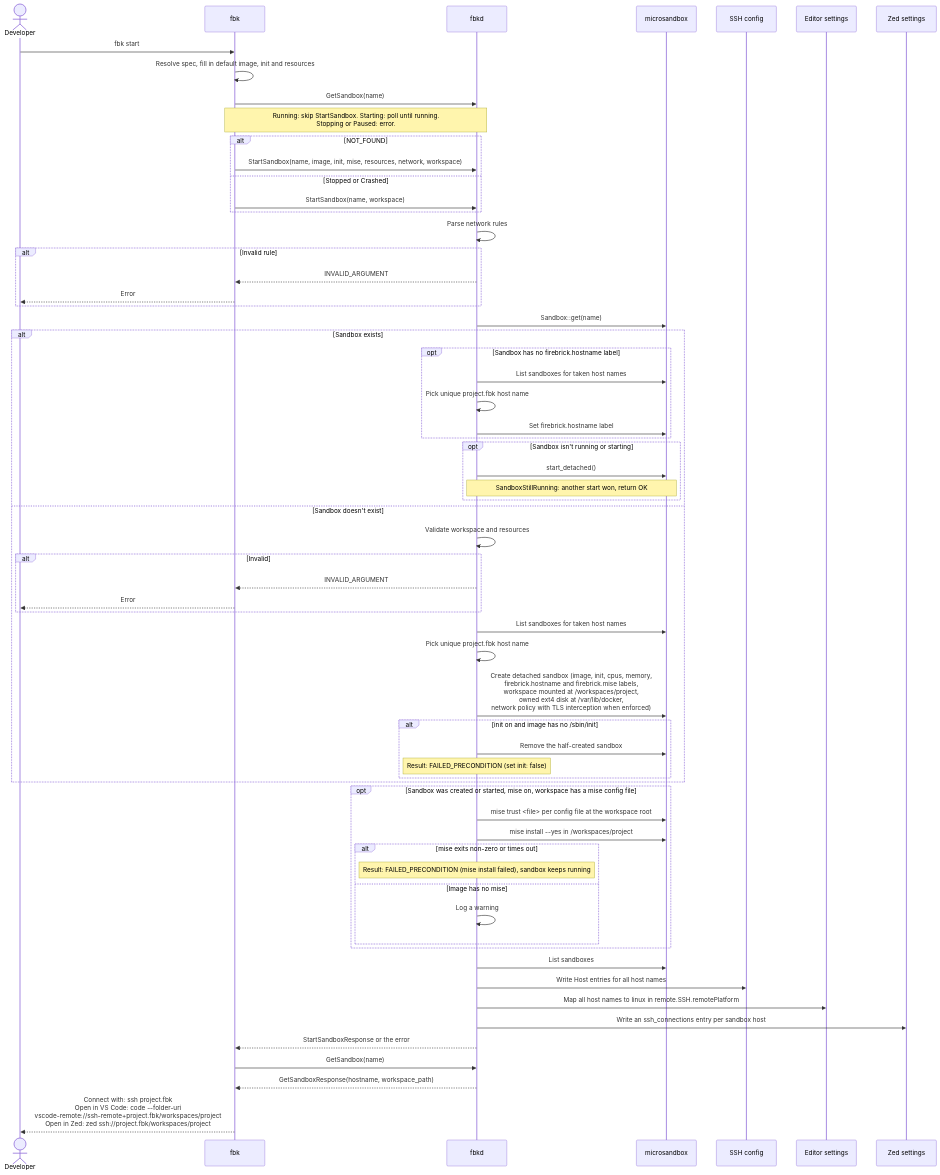
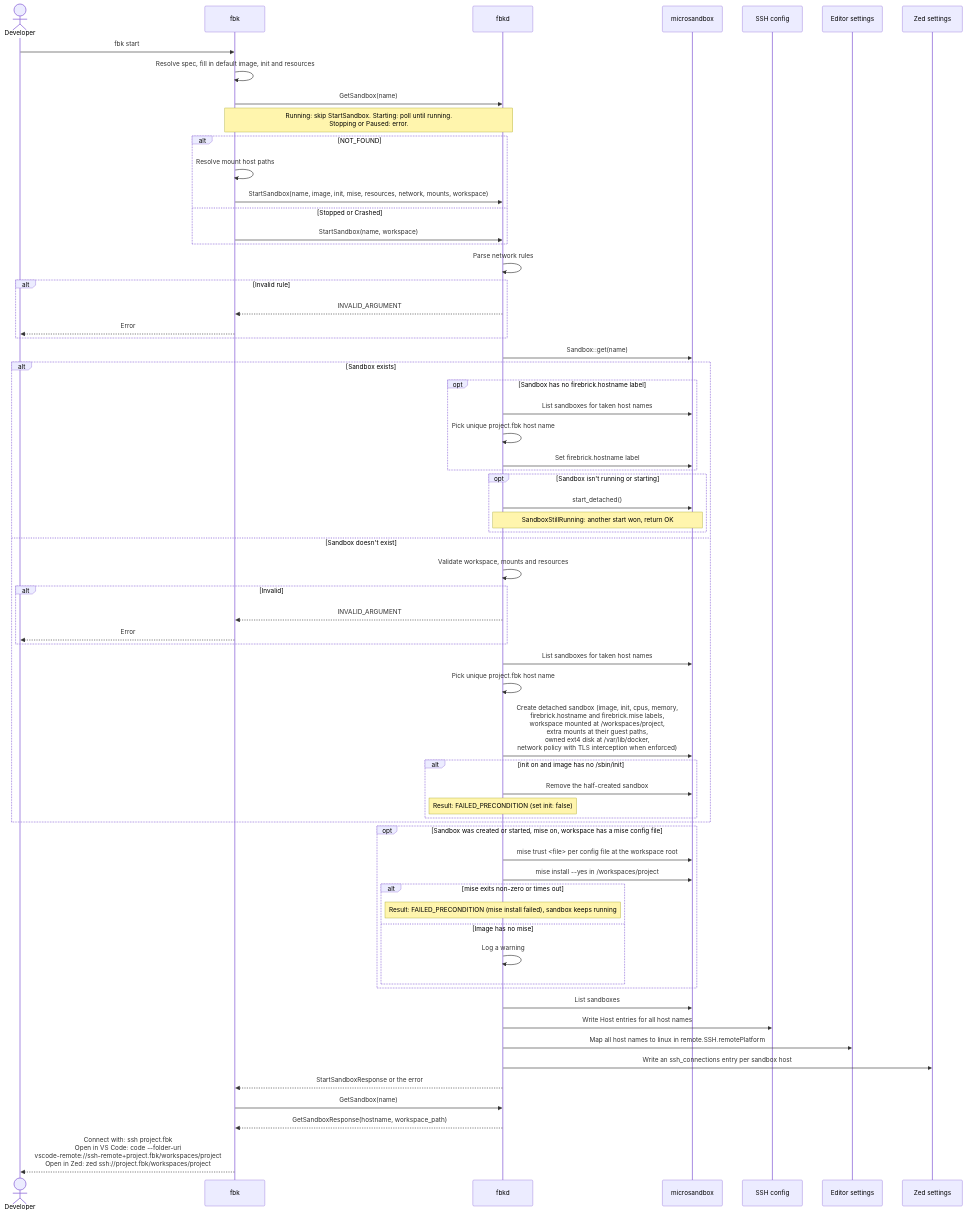
The fourth of 6 diagrams in docs/architecture/06-runtime-view.md (wmeints/anvil), drawn with Mermaid before and after one commit. The commit also changed other lines of this file and 8 other files, not shown here.

First line of the commit message:
feat(spec): mount extra host directories into the sandbox from .firebrick.yml

````diff
--- a/docs/architecture/06-runtime-view.md
+++ b/docs/architecture/06-runtime-view.md
@@ -273,70 +283,71 @@
 ```mermaid
 sequenceDiagram
     actor Dev as Developer
     participant CLI as fbk
     participant D as fbkd
     participant MS as microsandbox
     participant SSH as SSH config
     participant Ed as Editor settings
     participant Zed as Zed settings
 
     Dev->>CLI: fbk start
     CLI->>CLI: Resolve spec, fill in default image, init and resources
     CLI->>D: GetSandbox(name)
     Note over CLI,D: Running: skip StartSandbox. Starting: poll until running.<br/>Stopping or Paused: error.
     alt NOT_FOUND
-        CLI->>D: StartSandbox(name, image, init, mise, resources, network, workspace)
+        CLI->>CLI: Resolve mount host paths
+        CLI->>D: StartSandbox(name, image, init, mise, resources, network, mounts, workspace)
     else Stopped or Crashed
         CLI->>D: StartSandbox(name, workspace)
     end
     D->>D: Parse network rules
     alt Invalid rule
         D-->>CLI: INVALID_ARGUMENT
         CLI-->>Dev: Error
     end
     D->>MS: Sandbox::get(name)
 
     alt Sandbox exists
         opt Sandbox has no firebrick.hostname label
             D->>MS: List sandboxes for taken host names
             D->>D: Pick unique project.fbk host name
             D->>MS: Set firebrick.hostname label
         end
         opt Sandbox isn't running or starting
             D->>MS: start_detached()
             Note over D,MS: SandboxStillRunning: another start won, return OK
         end
     else Sandbox doesn't exist
-        D->>D: Validate workspace and resources
+        D->>D: Validate workspace, mounts and resources
         alt Invalid
             D-->>CLI: INVALID_ARGUMENT
             CLI-->>Dev: Error
         end
         D->>MS: List sandboxes for taken host names
         D->>D: Pick unique project.fbk host name
-        D->>MS: Create detached sandbox (image, init, cpus, memory,<br/>firebrick.hostname and firebrick.mise labels,<br/>workspace mounted at /workspaces/project,<br/>owned ext4 disk at /var/lib/docker,<br/>network policy with TLS interception when enforced)
+        D->>MS: Create detached sandbox (image, init, cpus, memory,<br/>firebrick.hostname and firebrick.mise labels,<br/>workspace mounted at /workspaces/project,<br/>extra mounts at their guest paths,<br/>owned ext4 disk at /var/lib/docker,<br/>network policy with TLS interception when enforced)
         alt init on and image has no /sbin/init
             D->>MS: Remove the half-created sandbox
             Note over D: Result: FAILED_PRECONDITION (set init: false)
         end
     end
 
     opt Sandbox was created or started, mise on, workspace has a mise config file
         D->>MS: mise trust <file> per config file at the workspace root
         D->>MS: mise install --yes in /workspaces/project
         alt mise exits non-zero or times out
             Note over D: Result: FAILED_PRECONDITION (mise install failed), sandbox keeps running
         else Image has no mise
             D->>D: Log a warning
         end
     end
 
     D->>MS: List sandboxes
     D->>SSH: Write Host entries for all host names
     D->>Ed: Map all host names to linux in remote.SSH.remotePlatform
     D->>Zed: Write an ssh_connections entry per sandbox host
     D-->>CLI: StartSandboxResponse or the error
     CLI->>D: GetSandbox(name)
     D-->>CLI: GetSandboxResponse(hostname, workspace_path)
     CLI-->>Dev: Connect with: ssh project.fbk<br/>Open in VS Code: code --folder-uri<br/>vscode-remote://ssh-remote+project.fbk/workspaces/project<br/>Open in Zed: zed ssh://project.fbk/workspaces/project
 ```
````
